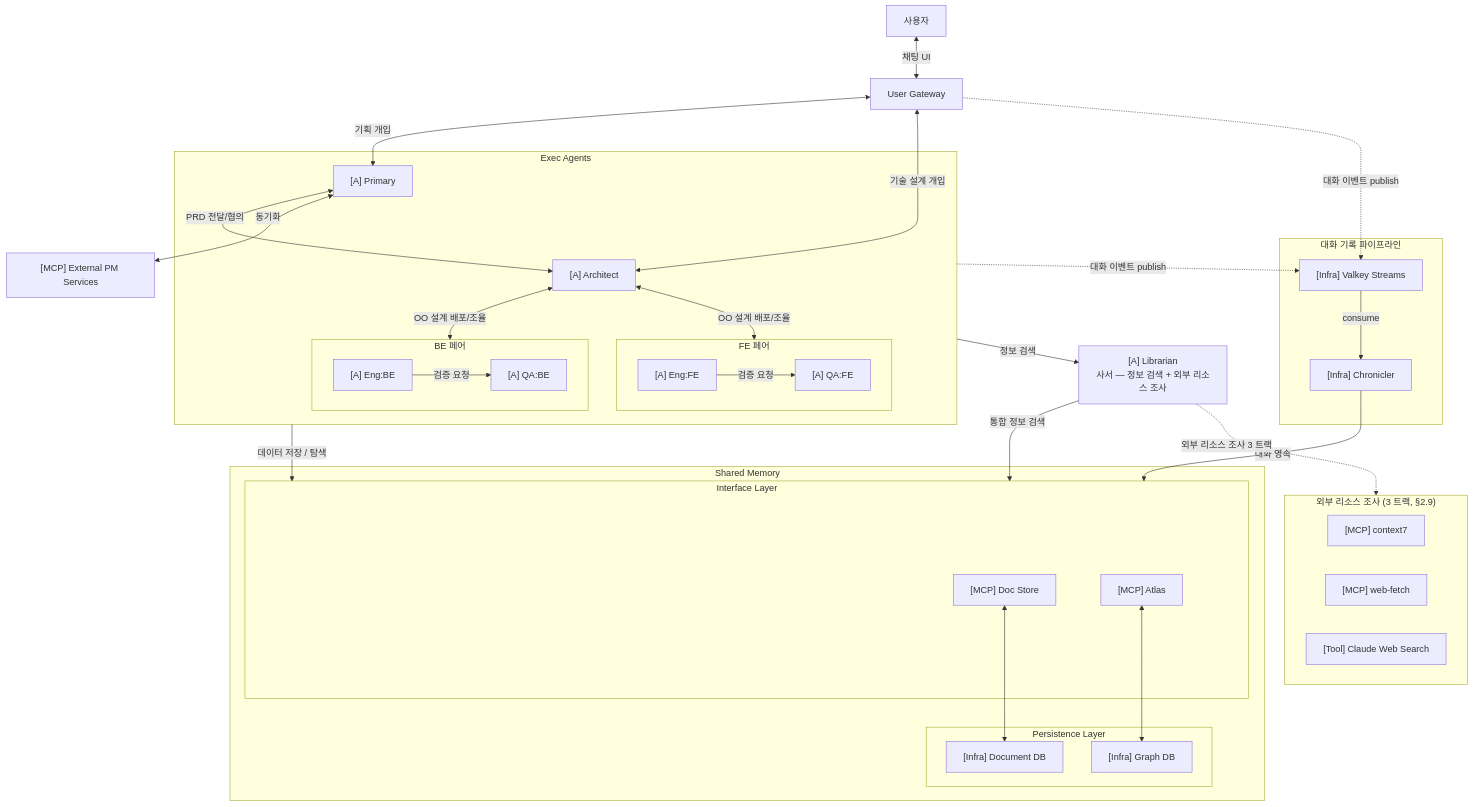
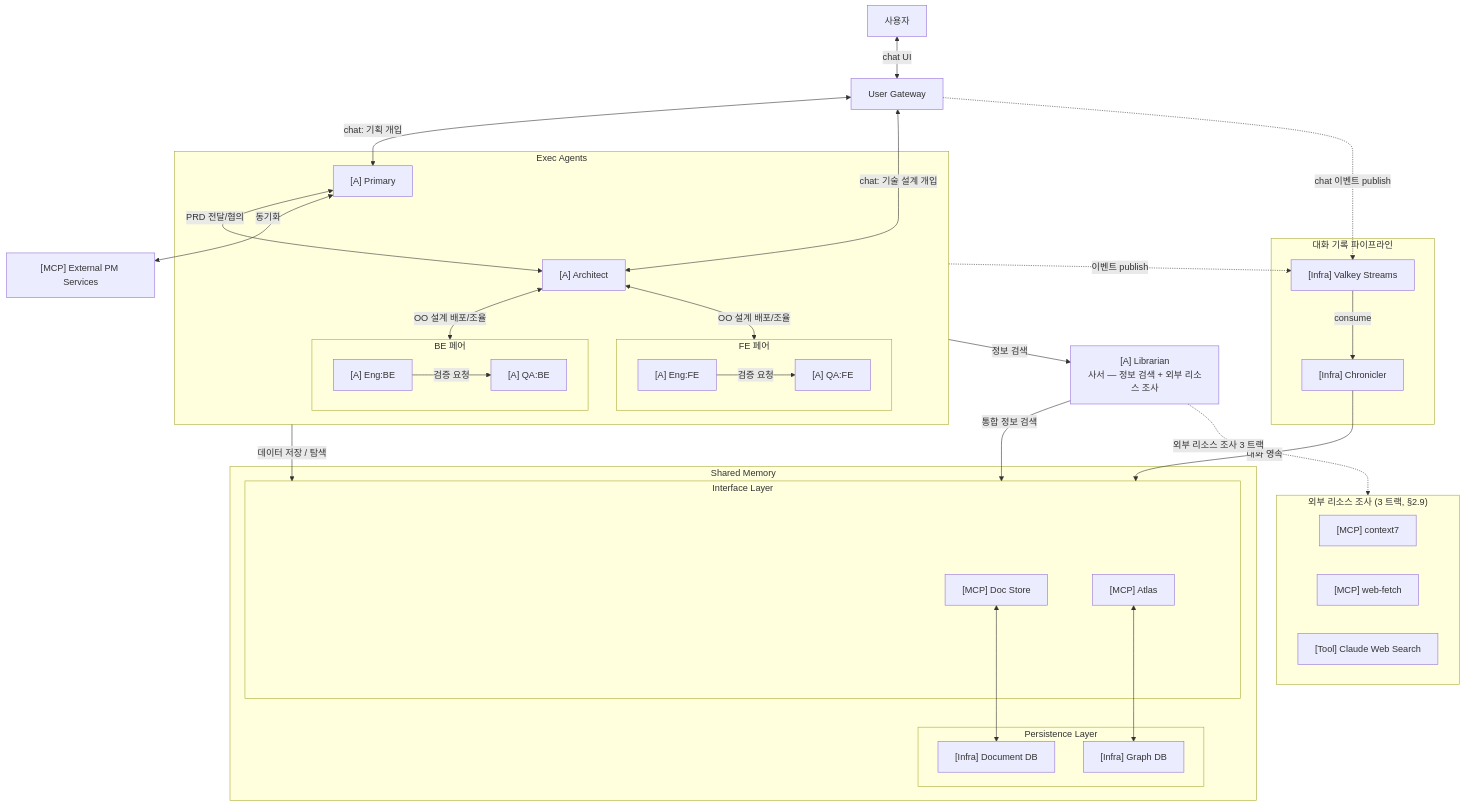
The diagram in docs/proposal-main.md (vonkernel/dev-team), drawn with Mermaid before and after one commit. The commit also changed other lines of this file and 9 other files, not shown here.

First line of the commit message:
docs(m3): UG↔P/A chat tier 분리 + schema 재정의 (#75) (#76)

````diff
--- a/docs/proposal-main.md
+++ b/docs/proposal-main.md
@@ -95,72 +95,72 @@
 ```mermaid
 graph TD
     User["사용자"]
     UG["User Gateway"]
 
     subgraph ExecAgents["Exec Agents"]
         P["[A] Primary"]
         A["[A] Architect"]
 
         subgraph PairBE["BE 페어"]
             Eng_BE["[A] Eng:BE"] -->|검증 요청| QA_BE["[A] QA:BE"]
         end
 
         subgraph PairFE["FE 페어"]
             Eng_FE["[A] Eng:FE"] -->|검증 요청| QA_FE["[A] QA:FE"]
         end
 
         P <-->|PRD 전달/협의| A
         A <-->|OO 설계 배포/조율| PairBE
         A <-->|OO 설계 배포/조율| PairFE
     end
 
     L["[A] Librarian<br/>사서 — 정보 검색 + 외부 리소스 조사"]
 
     subgraph SharedMemory["Shared Memory"]
         subgraph InterfaceLayer["Interface Layer"]
             DocMCP["[MCP] Doc Store"]
             GraphMCP["[MCP] Atlas"]
         end
         subgraph PersistenceLayer["Persistence Layer"]
             DocDB["[Infra] Document DB"]
             GraphDB["[Infra] Graph DB"]
         end
         DocMCP <--> DocDB
         GraphMCP <--> GraphDB
     end
 
     subgraph EventPipe["대화 기록 파이프라인"]
         Broker["[Infra] Valkey Streams"]
         Chronicler["[Infra] Chronicler"]
     end
 
     ExtPmMCP["[MCP] External PM Services"]
 
     subgraph ResearchTracks["외부 리소스 조사 (3 트랙, §2.9)"]
         Ctx7["[MCP] context7"]
         WebFetch["[MCP] web-fetch"]
         WebSearch["[Tool] Claude Web Search"]
     end
 
-    %% 사용자 접점
-    User <-->|채팅 UI| UG
-    UG <-->|기획 개입| P
-    UG <-->|기술 설계 개입| A
+    %% 사용자 접점 (chat protocol — A2A 아님, #75)
+    User <-->|chat UI| UG
+    UG <-->|chat: 기획 개입| P
+    UG <-->|chat: 기술 설계 개입| A
 
     %% 외부 PM 서비스 — P 단독 창구
     P <-->|동기화| ExtPmMCP
 
     %% Shared Memory — Interface Layer 로만 화살표
     ExecAgents -->|데이터 저장 / 탐색| InterfaceLayer
     Chronicler -->|대화 영속| InterfaceLayer
 
     %% 정보 검색 — L 전담 (외부 리소스 조사 포함)
     ExecAgents -->|정보 검색| L
     L -->|통합 정보 검색| InterfaceLayer
     L -.->|외부 리소스 조사 3 트랙| ResearchTracks
 
-    %% A2A 대화 이벤트 publish
-    ExecAgents -.->|대화 이벤트 publish| Broker
-    UG -.->|대화 이벤트 publish| Broker
+    %% 대화 이벤트 publish (chat / assignment / A2A 3 layer — #75)
+    ExecAgents -.->|이벤트 publish| Broker
+    UG -.->|chat 이벤트 publish| Broker
     Broker -->|consume| Chronicler
 ```
````
